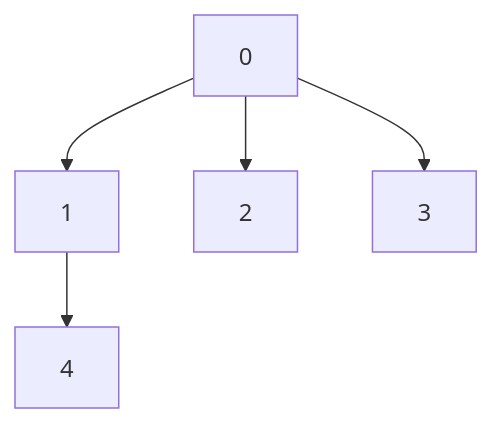
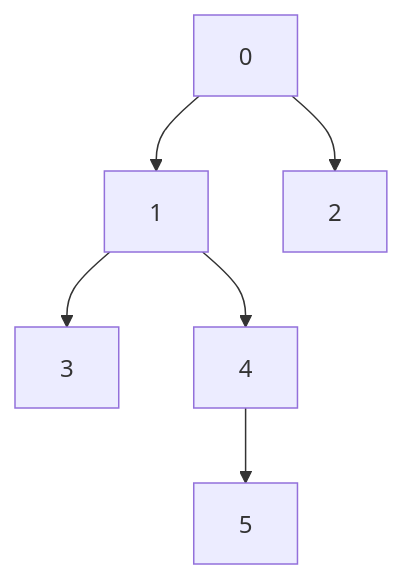
Before and after one commit to earasteh/RRT-python: the diagram in Readme.md, drawn with Mermaid.

Commit message:
fixed the readme graph

````diff
--- a/Readme.md
+++ b/Readme.md
@@ -13,7 +13,8 @@
 ```mermaid
   graph TD;
       0-->1;
       0-->2;
-      0-->3;
+      1-->3;
       1-->4;
+      4-->5;
 ```
````
